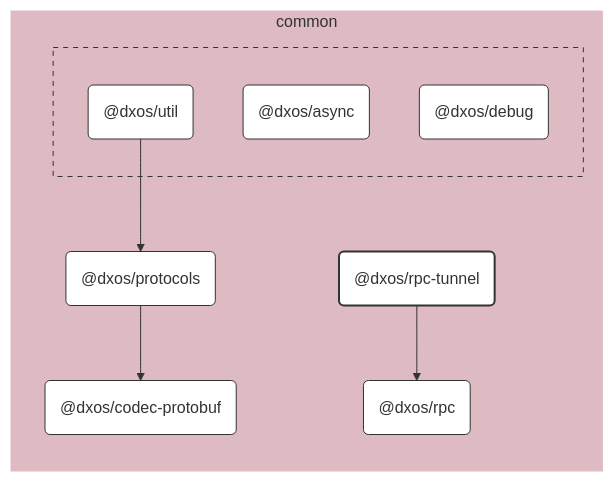
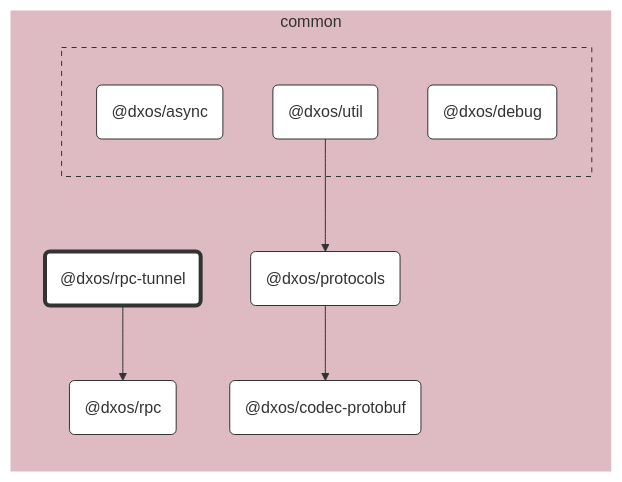
Before and after one commit to dxos/dxos: the diagram in packages/common/rpc-tunnel/docs/README.md, drawn with Mermaid. The commit also changed 104 other files, not shown here.

````diff
--- a/packages/common/rpc-tunnel/docs/README.md
+++ b/packages/common/rpc-tunnel/docs/README.md
@@ -7,51 +7,39 @@
 ```mermaid
 %%{ init: {'flowchart':{'curve':'basis'}} }%%
 
 flowchart LR
 
-%% Links
-dxos/protocols --> dxos/codec-protobuf;
-dxos/rpc-tunnel --> dxos/rpc;
-dxos/util --> dxos/protocols;
+%% Classes
+classDef def fill:#fff,stroke:#333,stroke-width:1px
+classDef root fill:#fff,stroke:#333,stroke-width:4px
 
-%% Sections
-subgraph common
-  style common fill:#debac2,stroke:#fff;
+%% Nodes
 
-  dxos/codec-protobuf("@dxos/codec-protobuf")
-  dxos/protocols("@dxos/protocols")
-  dxos/rpc("@dxos/rpc")
-  dxos/rpc-tunnel("@dxos/rpc-tunnel")
+subgraph common [common]
+  style common fill:#debac2,stroke:#fff
+  dxos/rpc-tunnel("@dxos/rpc-tunnel"):::root
+  click dxos/rpc-tunnel "dxos/dxos/tree/main/packages/common/rpc-tunnel/docs"
+  dxos/rpc("@dxos/rpc"):::def
+  click dxos/rpc "dxos/dxos/tree/main/packages/common/rpc/docs"
+  dxos/codec-protobuf("@dxos/codec-protobuf"):::def
+  click dxos/codec-protobuf "dxos/dxos/tree/main/packages/common/codec-protobuf/docs"
+  dxos/protocols("@dxos/protocols"):::def
+  click dxos/protocols "dxos/dxos/tree/main/packages/common/protocols/docs"
 
   subgraph common-excluded [ ]
-    style common-excluded fill:#debac2,stroke:#333,stroke-dasharray:5 5;
-
-    dxos/async("@dxos/async")
-    dxos/debug("@dxos/debug")
-    dxos/util("@dxos/util")
+    style common-excluded fill:#debac2,stroke:#333,stroke-dasharray:5 5
+    dxos/async("@dxos/async"):::def
+    click dxos/async "dxos/dxos/tree/main/packages/common/async/docs"
+    dxos/debug("@dxos/debug"):::def
+    click dxos/debug "dxos/dxos/tree/main/packages/common/debug/docs"
+    dxos/util("@dxos/util"):::def
+    click dxos/util "dxos/dxos/tree/main/packages/common/util/docs"
   end
 end
 
-
-%% Hyperlinks
-click dxos/async "dxos/dxos/tree/main/packages/common/async/docs";
-click dxos/codec-protobuf "dxos/dxos/tree/main/packages/common/codec-protobuf/docs";
-click dxos/debug "dxos/dxos/tree/main/packages/common/debug/docs";
-click dxos/protocols "dxos/dxos/tree/main/packages/common/protocols/docs";
-click dxos/rpc "dxos/dxos/tree/main/packages/common/rpc/docs";
-click dxos/util "dxos/dxos/tree/main/packages/common/util/docs";
-
-%% Styles
-classDef rootNode fill:#fff,stroke:#333,stroke-width:2px
-classDef defaultNode fill:#fff,stroke:#333,stroke-width:1px
+%% Links
 linkStyle default stroke:#333,stroke-width:1px
-
-dxos/rpc-tunnel:::rootNode
-
-dxos/async:::defaultNode
-dxos/codec-protobuf:::defaultNode
-dxos/debug:::defaultNode
-dxos/protocols:::defaultNode
-dxos/rpc:::defaultNode
-dxos/util:::defaultNode
+dxos/rpc-tunnel --> dxos/rpc
+dxos/protocols --> dxos/codec-protobuf
+dxos/util --> dxos/protocols
 ```
````
